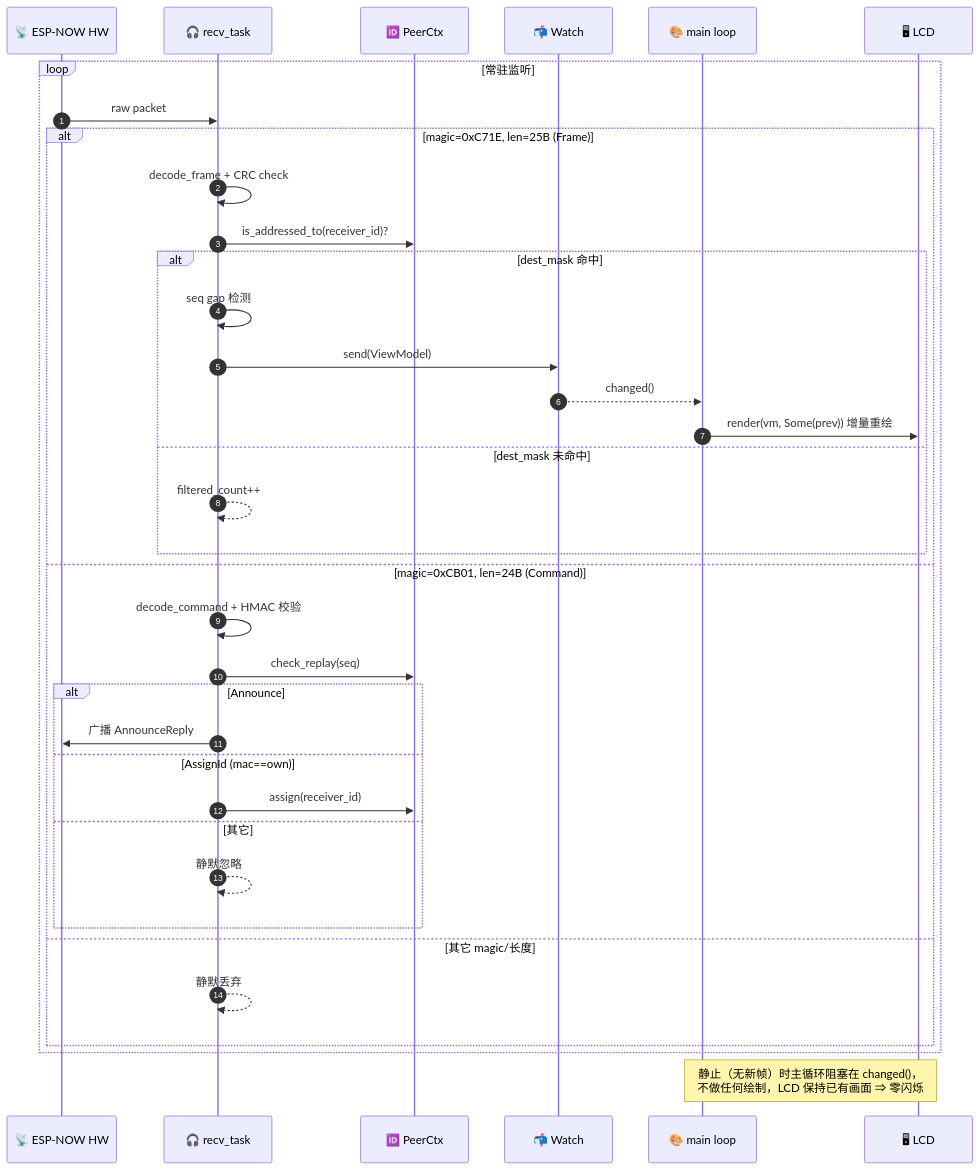
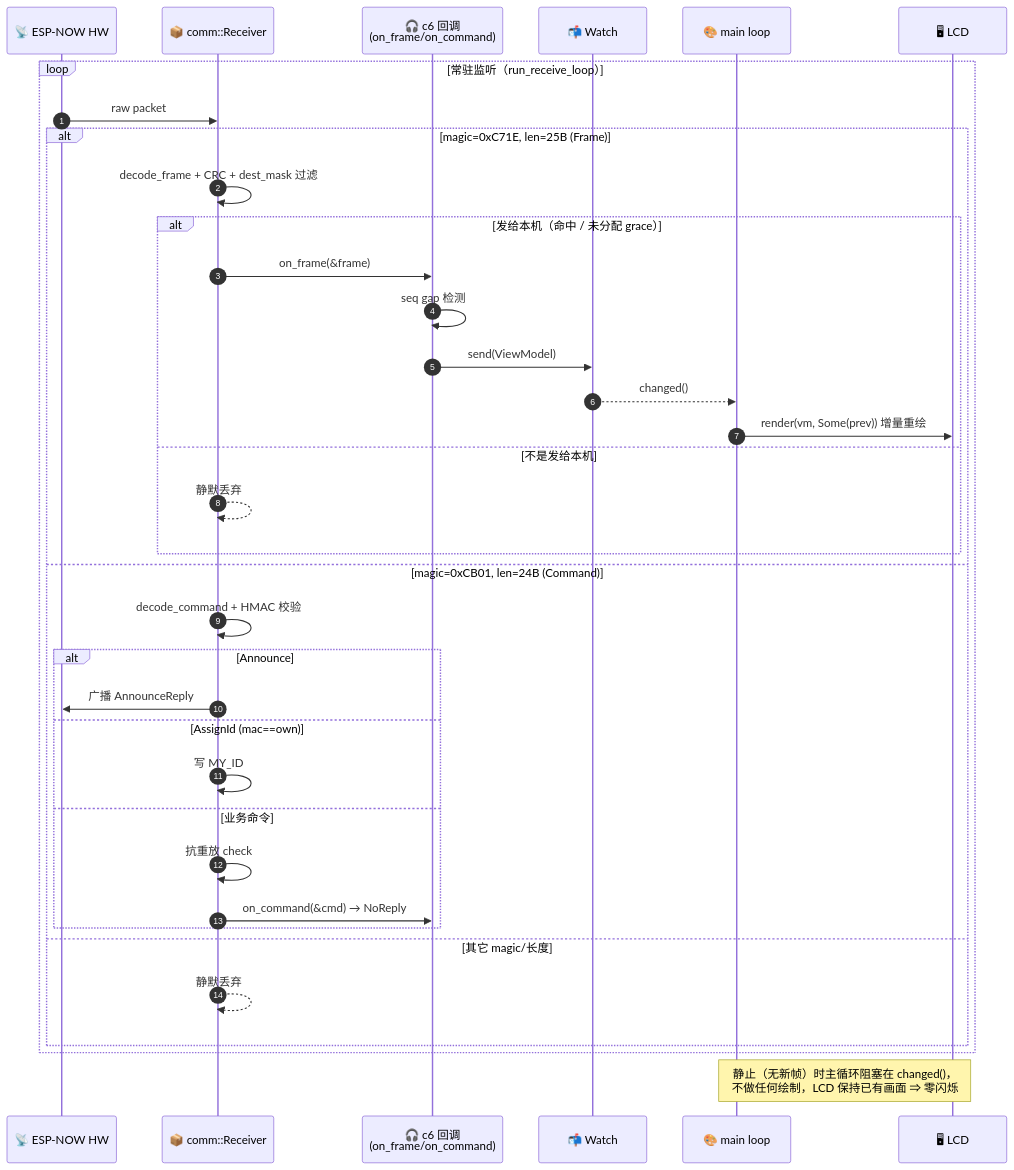
Before and after one commit to lf-wxp/controller: the second of 2 diagrams in crates/c6/README.md, drawn with Mermaid. The commit also changed other lines of this file and 43 other files, not shown here.

````diff
--- a/crates/c6/README.md
+++ b/crates/c6/README.md
@@ -240,40 +247,40 @@
 ```mermaid
 sequenceDiagram
     autonumber
     participant Radio as 📡 ESP-NOW HW
-    participant Recv as 🎧 recv_task
-    participant Peer as 🆔 PeerCtx
+    participant Comm as 📦 comm::Receiver
+    participant CB as 🎧 c6 回调<br/>(on_frame/on_command)
     participant W as 📬 Watch
     participant Main as 🎨 main loop
     participant LCD as 🖥 LCD
 
-    loop 常驻监听
-        Radio->>Recv: raw packet
+    loop 常驻监听（run_receive_loop）
+        Radio->>Comm: raw packet
         alt magic=0xC71E, len=25B (Frame)
-            Recv->>Recv: decode_frame + CRC check
-            Recv->>Peer: is_addressed_to(receiver_id)?
-            alt dest_mask 命中
-                Recv->>Recv: seq gap 检测
-                Recv->>W: send(ViewModel)
+            Comm->>Comm: decode_frame + CRC + dest_mask 过滤
+            alt 发给本机（命中 / 未分配 grace）
+                Comm->>CB: on_frame(&frame)
+                CB->>CB: seq gap 检测
+                CB->>W: send(ViewModel)
                 W-->>Main: changed()
                 Main->>LCD: render(vm, Some(prev)) 增量重绘
-            else dest_mask 未命中
-                Recv-->>Recv: filtered_count++
+            else 不是发给本机
+                Comm-->>Comm: 静默丢弃
             end
         else magic=0xCB01, len=24B (Command)
-            Recv->>Recv: decode_command + HMAC 校验
-            Recv->>Peer: check_replay(seq)
+            Comm->>Comm: decode_command + HMAC 校验
             alt Announce
-                Recv->>Radio: 广播 AnnounceReply
+                Comm->>Radio: 广播 AnnounceReply
             else AssignId (mac==own)
-                Recv->>Peer: assign(receiver_id)
-            else 其它
-                Recv-->>Recv: 静默忽略
+                Comm->>Comm: 写 MY_ID
+            else 业务命令
+                Comm->>Comm: 抗重放 check
+                Comm->>CB: on_command(&cmd) → NoReply
             end
         else 其它 magic/长度
-            Recv-->>Recv: 静默丢弃
+            Comm-->>Comm: 静默丢弃
         end
     end
 
     note over Main,LCD: 静止（无新帧）时主循环阻塞在 changed()，<br/>不做任何绘制，LCD 保持已有画面 ⇒ 零闪烁
 ```
````
